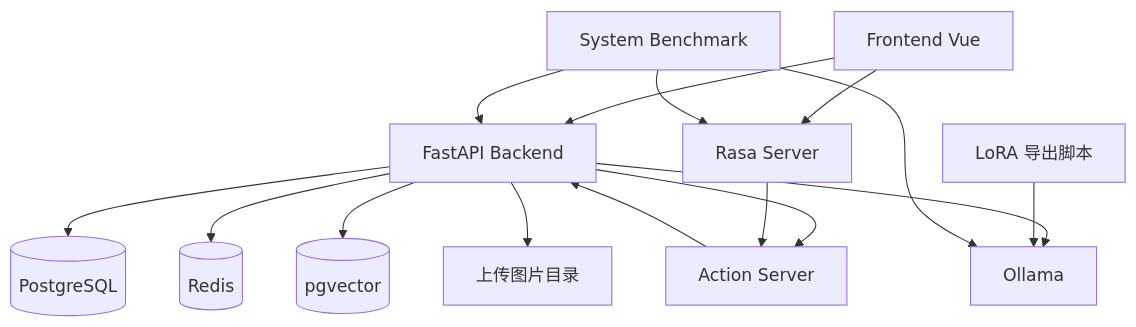
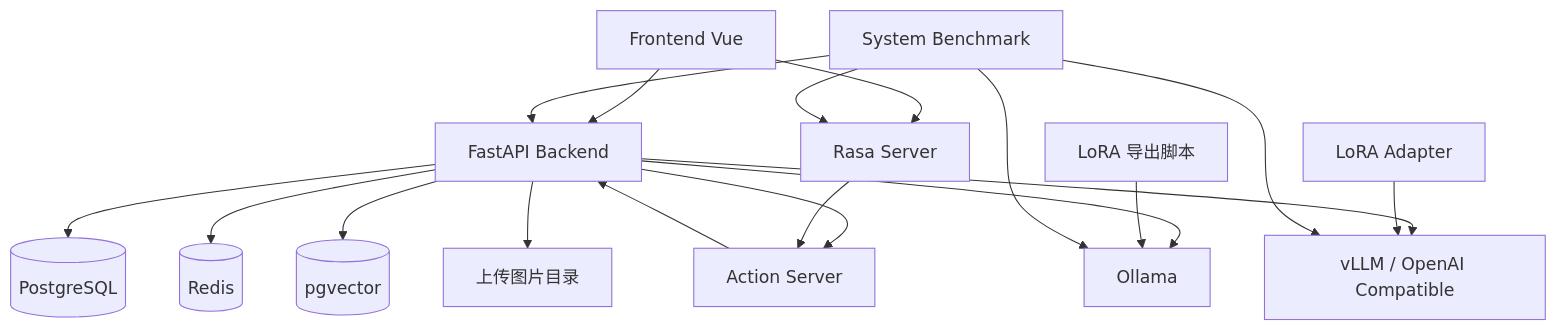
Before and after one commit to MAK1MAAaa/Rasa-EC-bot: the diagram in design.md, drawn with Mermaid. The commit also changed other lines of this file and 29 other files, not shown here.

````diff
--- a/design.md
+++ b/design.md
@@ -98,17 +98,20 @@
 ```mermaid
 graph TD
     A[Frontend Vue] --> B[FastAPI Backend]
     A --> C[Rasa Server]
     B --> D[(PostgreSQL)]
     B --> E[(Redis)]
     B --> F[Ollama]
+    B --> L[vLLM / OpenAI Compatible]
     B --> G[Action Server]
     G --> B
     C --> G
     B --> H[(pgvector)]
     B --> I[上传图片目录]
     J[LoRA 导出脚本] --> F
+    M[LoRA Adapter] --> L
     K[System Benchmark] --> B
     K --> C
     K --> F
+    K --> L
 ```
````
